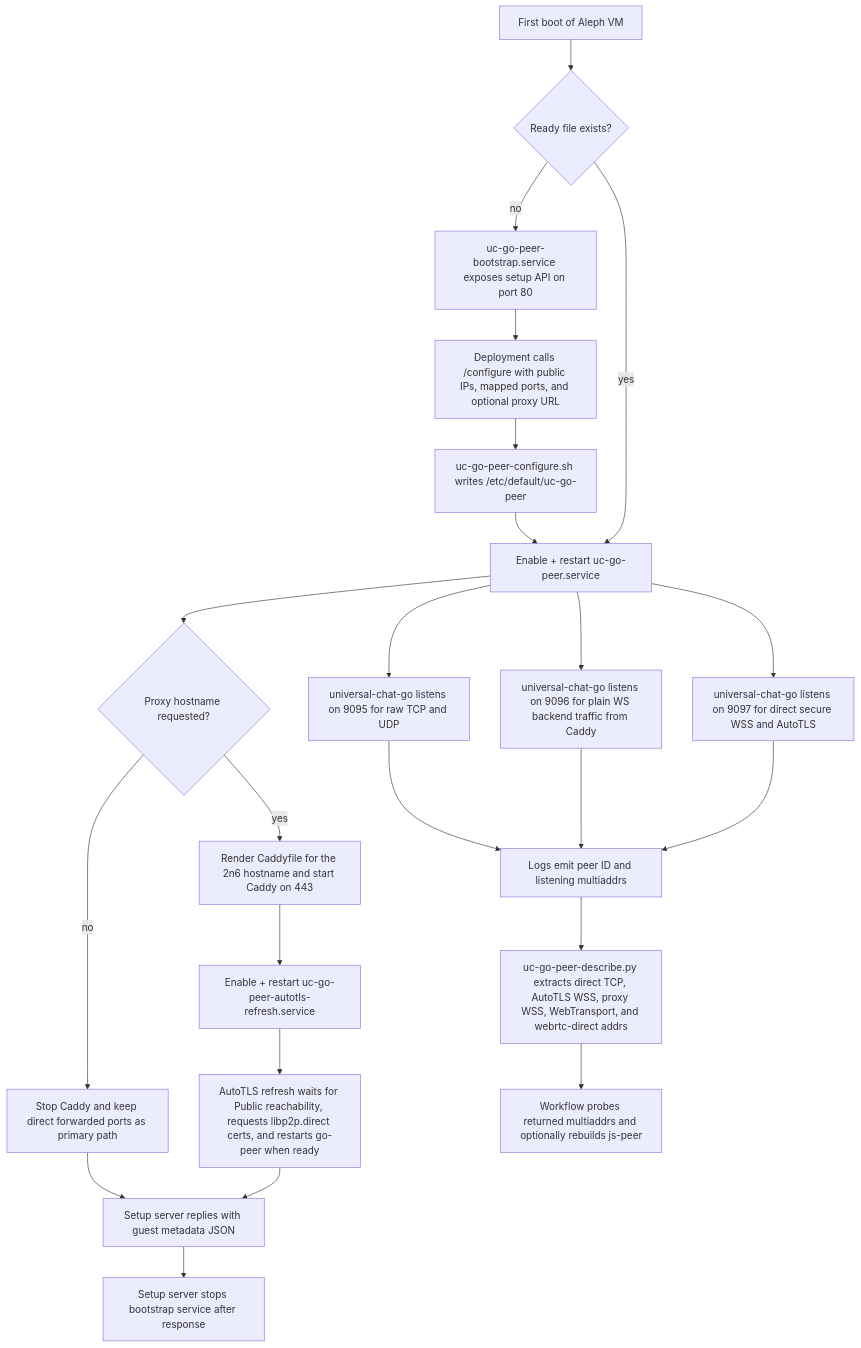
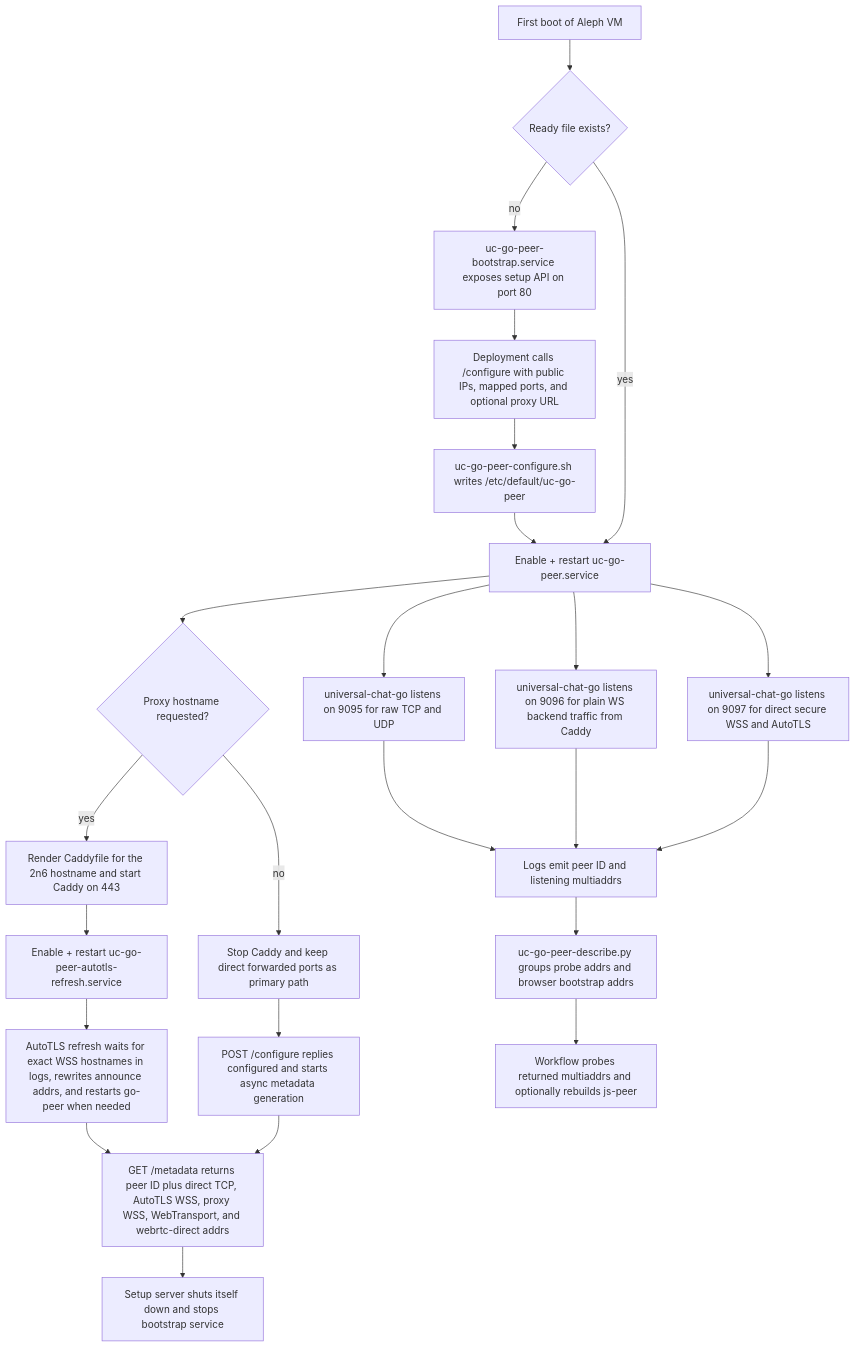
One commit to Le-Space/universal-connectivity changed the fifth of 7 diagrams in go-peer/aleph/README.md. Above: the diagram before and after it, drawn with Mermaid. The commit also changed other lines of this file and 7 other files, not shown here.

````diff
--- a/go-peer/aleph/README.md
+++ b/go-peer/aleph/README.md
@@ -155,27 +209,28 @@
 ```mermaid
 flowchart TD
     A[First boot of Aleph VM] --> B{Ready file exists?}
     B -- no --> C[uc-go-peer-bootstrap.service exposes setup API on port 80]
     C --> D[Deployment calls /configure with public IPs, mapped ports, and optional proxy URL]
     D --> E[uc-go-peer-configure.sh writes /etc/default/uc-go-peer]
     E --> F[Enable + restart uc-go-peer.service]
     F --> G{Proxy hostname requested?}
     G -- no --> H[Stop Caddy and keep direct forwarded ports as primary path]
     G -- yes --> I[Render Caddyfile for the 2n6 hostname and start Caddy on 443]
     I --> J[Enable + restart uc-go-peer-autotls-refresh.service]
-    J --> K[AutoTLS refresh waits for Public reachability, requests libp2p.direct certs, and restarts go-peer when ready]
-    H --> L[Setup server replies with guest metadata JSON]
-    K --> L
-    L --> M[Setup server stops bootstrap service after response]
+    J --> K[AutoTLS refresh waits for exact WSS hostnames in logs, rewrites announce addrs, and restarts go-peer when needed]
+    H --> L[POST /configure replies configured and starts async metadata generation]
+    K --> M[GET /metadata returns peer ID plus direct TCP, AutoTLS WSS, proxy WSS, WebTransport, and webrtc-direct addrs]
+    L --> M
+    M --> N[Setup server shuts itself down and stops bootstrap service]
 
     B -- yes --> F
 
-    F --> N[universal-chat-go listens on 9095 for raw TCP and UDP]
-    F --> O[universal-chat-go listens on 9096 for plain WS backend traffic from Caddy]
-    F --> P[universal-chat-go listens on 9097 for direct secure WSS and AutoTLS]
-    N --> Q[Logs emit peer ID and listening multiaddrs]
-    O --> Q
-    P --> Q
-    Q --> R[uc-go-peer-describe.py extracts direct TCP, AutoTLS WSS, proxy WSS, WebTransport, and webrtc-direct addrs]
-    R --> S[Workflow probes returned multiaddrs and optionally rebuilds js-peer]
+    F --> O[universal-chat-go listens on 9095 for raw TCP and UDP]
+    F --> P[universal-chat-go listens on 9096 for plain WS backend traffic from Caddy]
+    F --> Q[universal-chat-go listens on 9097 for direct secure WSS and AutoTLS]
+    O --> R[Logs emit peer ID and listening multiaddrs]
+    P --> R
+    Q --> R
+    R --> S[uc-go-peer-describe.py groups probe addrs and browser bootstrap addrs]
+    S --> T[Workflow probes returned multiaddrs and optionally rebuilds js-peer]
 ```
````
